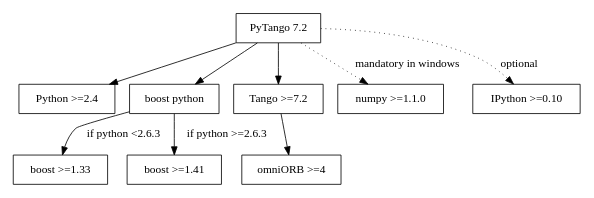
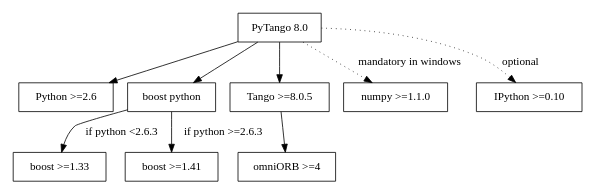
One commit to tango-controls/pytango changed the diagram in doc/start.rst. Above: the diagram before and after it, drawn with Graphviz. The commit also changed other lines of this file and 18 other files, not shown here.

```diff
--- a/doc/start.rst
+++ b/doc/start.rst
@@ -25,22 +25,22 @@
 .. graphviz::
 
     digraph dependencies {
         size="6,3";
-        PyTango     [shape=box, label="PyTango 7.2"];
-        Python      [shape=box, label="Python >=2.4"];
+        PyTango     [shape=box, label="PyTango 8.0"];
+        Python      [shape=box, label="Python >=2.6"];
         boostpython [shape=box, label="boost python"];
         boostp1     [shape=box, label="boost >=1.33"];
         boostp2     [shape=box, label="boost >=1.41"];
-        Tango       [shape=box, label="Tango >=7.2"];
+        Tango       [shape=box, label="Tango >=8.0.5"];
         omniORB     [shape=box, label="omniORB >=4"];
         numpy       [shape=box, label="numpy >=1.1.0"];
         IPython     [shape=box, label="IPython >=0.10"];
         PyTango -> Python;
         PyTango -> Tango;
         PyTango -> numpy [style=dotted, label="mandatory in windows"];
         Tango -> omniORB;
         PyTango -> boostpython
         boostpython -> boostp1 [label="if python <2.6.3"];
         boostpython -> boostp2 [label="if python >=2.6.3"];
         PyTango -> IPython [style=dotted, label="optional"];
     }   
```
